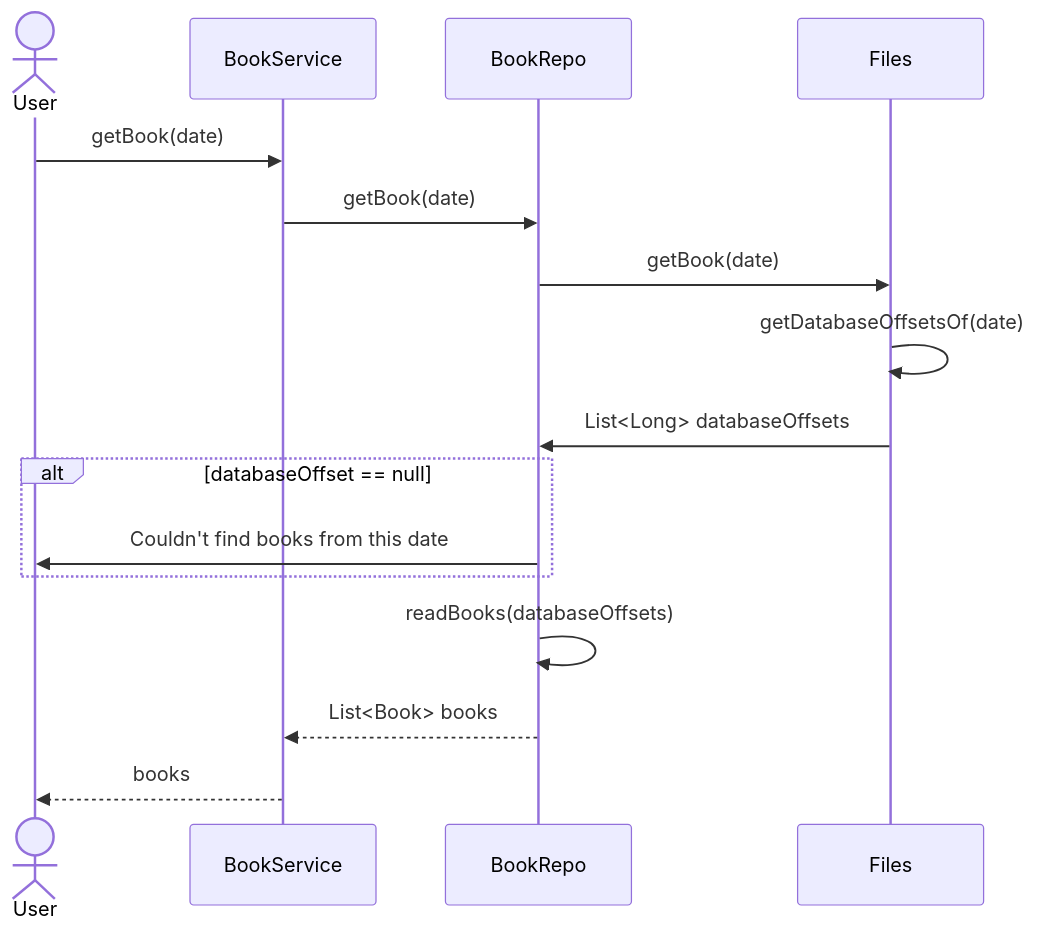
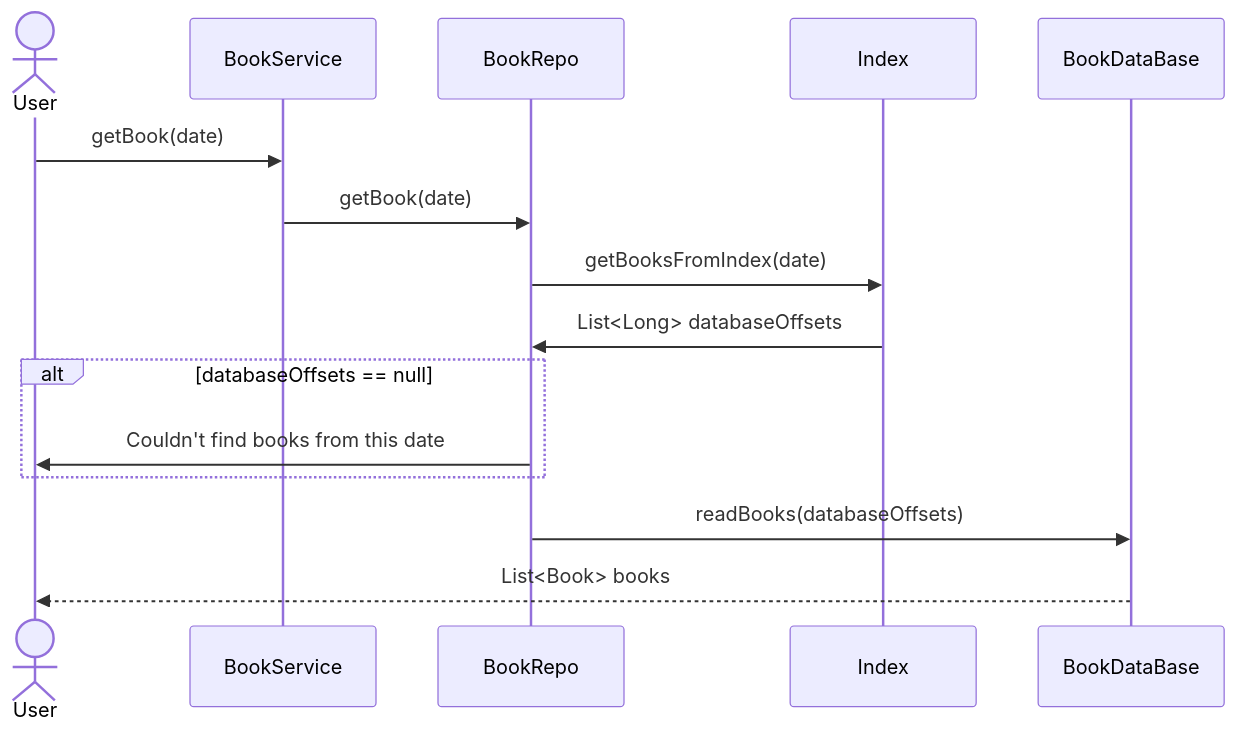
One commit to Apameus/Bookly changed the seventh of 7 diagrams in docs/high_level_architecture.md. Above: the diagram before and after it, drawn with Mermaid. The commit also changed other lines of this file and 1 other file, not shown here.

````diff
--- a/docs/high_level_architecture.md
+++ b/docs/high_level_architecture.md
@@ -111,19 +110,18 @@
 ```mermaid
 sequenceDiagram
     actor U as User
     participant BS as BookService
     participant BR as BookRepo
-    participant F as Files
+    participant I as Index
+    participant DB as BookDataBase
     U ->> BS: getBook(date)
     BS ->> BR: getBook(date)
-    BR ->> F: getBook(date)
-    F ->> F: getDatabaseOffsetsOf(date)
-    F ->> BR: List<Long> databaseOffsets
-    alt databaseOffset == null
+    BR ->> I: getBooksFromIndex(date)
+    I ->> BR: List<Long> databaseOffsets
+    alt databaseOffsets == null
         BR ->> U: Couldn't find books from this date    
     end
-    BR ->> BR: readBooks(databaseOffsets)
-    BR -->> BS: List<Book> books
-    BS -->> U: books
+    BR ->> DB: readBooks(databaseOffsets)
+    DB -->> U: List<Book> books
 
 ```
````
